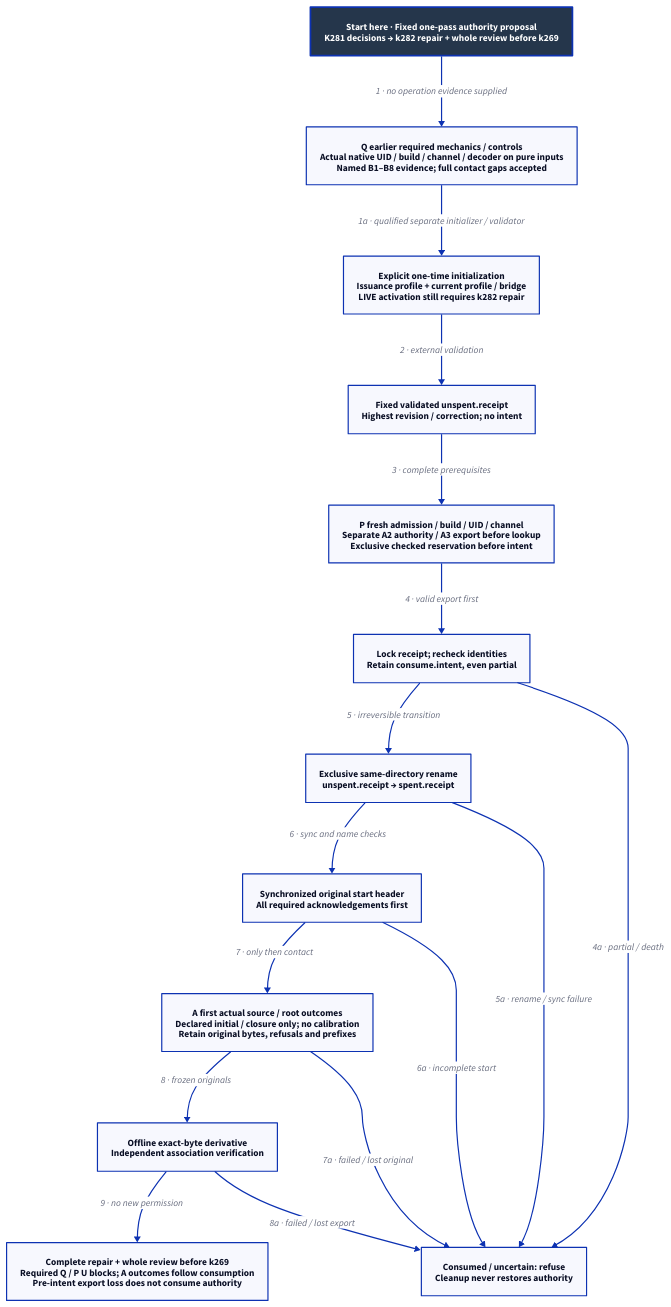
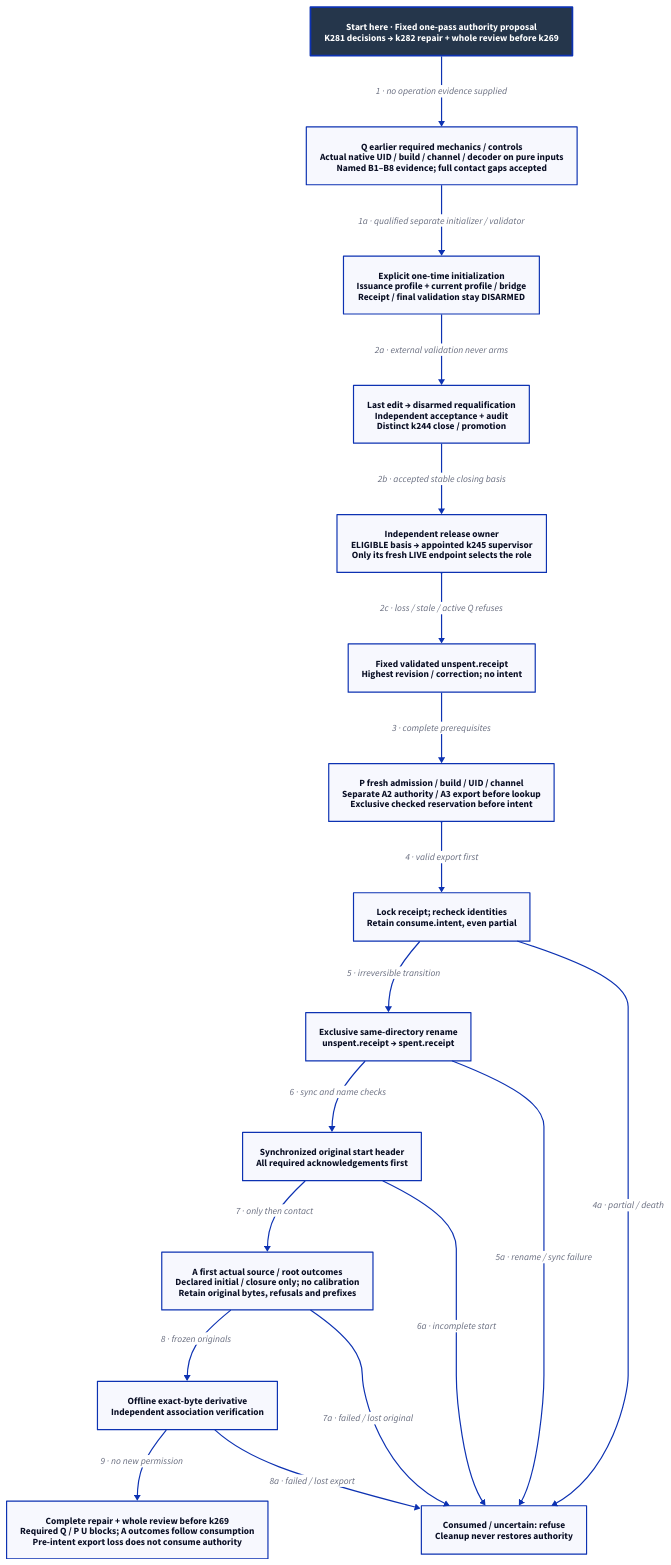
The diagram in docs/design/architecture/native-reference-admission.d2 (Linkuistics/Koine), drawn with D2 before and after one commit. The commit also changed 29 other files, not shown here.

Commit message:
Define independent LIVE release and chartered acceptance (reference-evidence-live-acceptance-k285)

```diff
--- a/docs/design/architecture/native-reference-admission.d2
+++ b/docs/design/architecture/native-reference-admission.d2
@@ -1,32 +1,36 @@
 # Proposed lifecycle; complete contract is normative and qualification remains due.
 direction: down
 classes: {
   start: {style: {fill: "#25364B"; font-color: "#FFFFFF"; bold: true; stroke-width: 3}}
 }
 Start: "Start here · Fixed one-pass authority proposal\nK281 decisions → k282 repair + whole review before k269" {class: start}
 Qualify: "Q earlier required mechanics / controls\nActual native UID / build / channel / decoder on pure inputs\nNamed B1–B8 evidence; full contact gaps accepted"
-Provision: "Explicit one-time initialization\nIssuance profile + current profile / bridge\nLIVE activation still requires k282 repair"
+Provision: "Explicit one-time initialization\nIssuance profile + current profile / bridge\nReceipt / final validation stay DISARMED"
+Final: "Last edit → disarmed requalification\nIndependent acceptance + audit\nDistinct k244 close / promotion"
+Release: "Independent release owner\nELIGIBLE basis → appointed k245 supervisor\nOnly its fresh LIVE endpoint selects the role"
 Ready: "Fixed validated unspent.receipt\nHighest revision / correction; no intent"
 Export: "P fresh admission / build / UID / channel\nSeparate A2 authority / A3 export before lookup\nExclusive checked reservation before intent"
 Intent: "Lock receipt; recheck identities\nRetain consume.intent, even partial"
 Spent: "Exclusive same-directory rename\nunspent.receipt → spent.receipt"
 Original: "Synchronized original start header\nAll required acknowledgements first"
 Capture: "A first actual source / root outcomes\nDeclared initial / closure only; no calibration\nRetain original bytes, refusals and prefixes"
 Derivative: "Offline exact-byte derivative\nIndependent association verification"
 Refuse: "Consumed / uncertain: refuse\nCleanup never restores authority"
 Limit: "Complete repair + whole review before k269\nRequired Q / P U blocks; A outcomes follow consumption\nPre-intent export loss does not consume authority"
 Start -> Qualify: "1 · no operation evidence supplied"
 Qualify -> Provision: "1a · qualified separate initializer / validator"
-Provision -> Ready: "2 · external validation"
+Provision -> Final: "2a · external validation never arms"
+Final -> Release: "2b · accepted stable closing basis"
+Release -> Ready: "2c · loss / stale / active Q refuses"
 Ready -> Export: "3 · complete prerequisites"
 Export -> Intent: "4 · valid export first"
 Intent -> Spent: "5 · irreversible transition"
 Spent -> Original: "6 · sync and name checks"
 Original -> Capture: "7 · only then contact"
 Capture -> Derivative: "8 · frozen originals"
 Derivative -> Limit: "9 · no new permission"
 Intent -> Refuse: "4a · partial / death"
 Spent -> Refuse: "5a · rename / sync failure"
 Original -> Refuse: "6a · incomplete start"
 Capture -> Refuse: "7a · failed / lost original"
 Derivative -> Refuse: "8a · failed / lost export"
```
